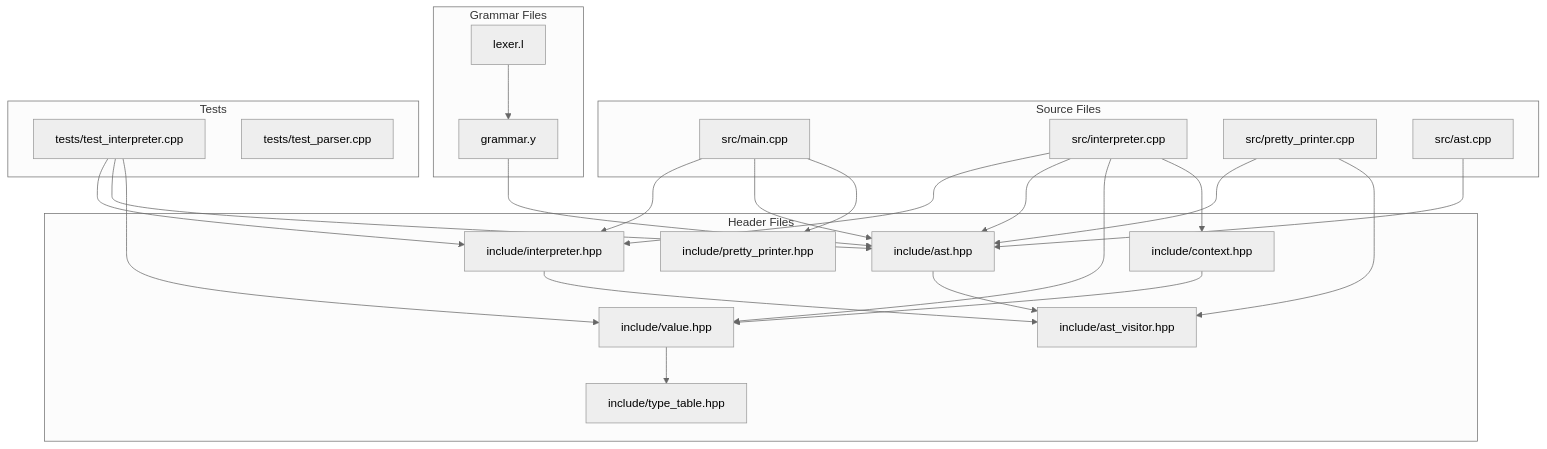
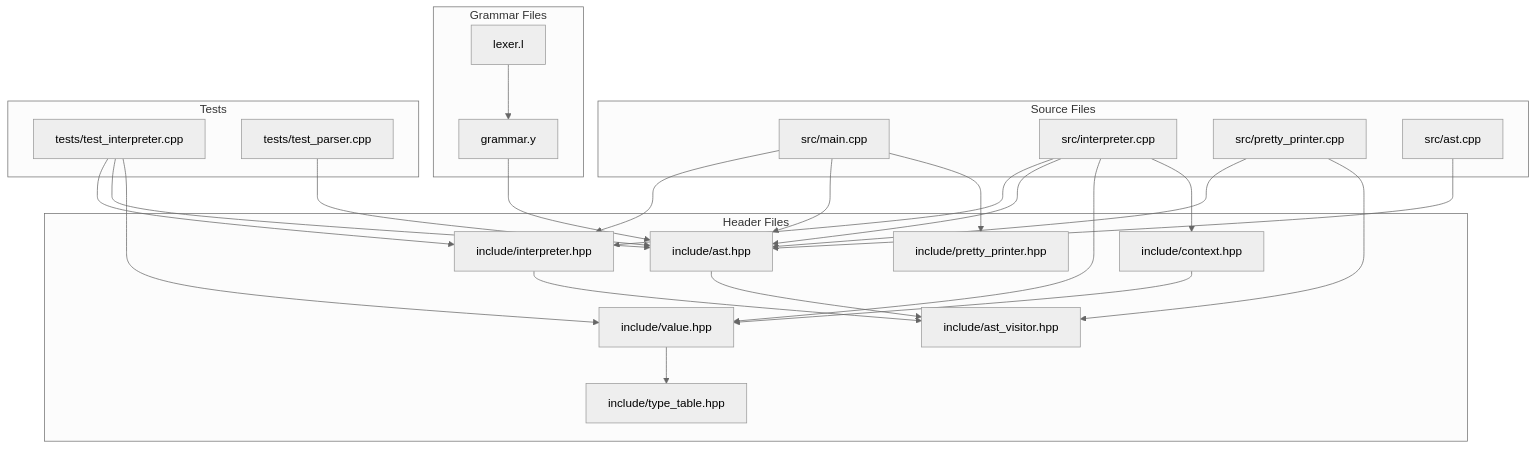
Before and after one commit to littlebirds/modern_bision: the first of 9 diagrams in .qoder/repowiki/en/content/Runtime System/Interpreter Implementation.md, drawn with Mermaid (neutral theme). The commit also changed other lines of this file and 6 other files, not shown here.

````diff
--- a/.qoder/repowiki/en/content/Runtime System/Interpreter Implementation.md
+++ b/.qoder/repowiki/en/content/Runtime System/Interpreter Implementation.md
@@ -40,45 +51,46 @@
 ```mermaid
 graph TB
 subgraph "Source Files"
 A[src/main.cpp]
 B[src/interpreter.cpp]
 C[src/pretty_printer.cpp]
 D[src/ast.cpp]
 end
 subgraph "Header Files"
 E[include/interpreter.hpp]
 F[include/ast.hpp]
 G[include/value.hpp]
 H[include/context.hpp]
 I[include/type_table.hpp]
 J[include/ast_visitor.hpp]
 K[include/pretty_printer.hpp]
 end
 subgraph "Grammar Files"
 L[grammar.y]
 M[lexer.l]
 end
 subgraph "Tests"
 N[tests/test_interpreter.cpp]
 O[tests/test_parser.cpp]
 end
 A --> E
 A --> F
 A --> K
 B --> E
 B --> F
 B --> G
 B --> H
 C --> F
 C --> J
 D --> F
 E --> J
 F --> J
 G --> I
 H --> G
 L --> F
 M --> L
 N --> E
 N --> F
 N --> G
+O --> F
 ```
````
